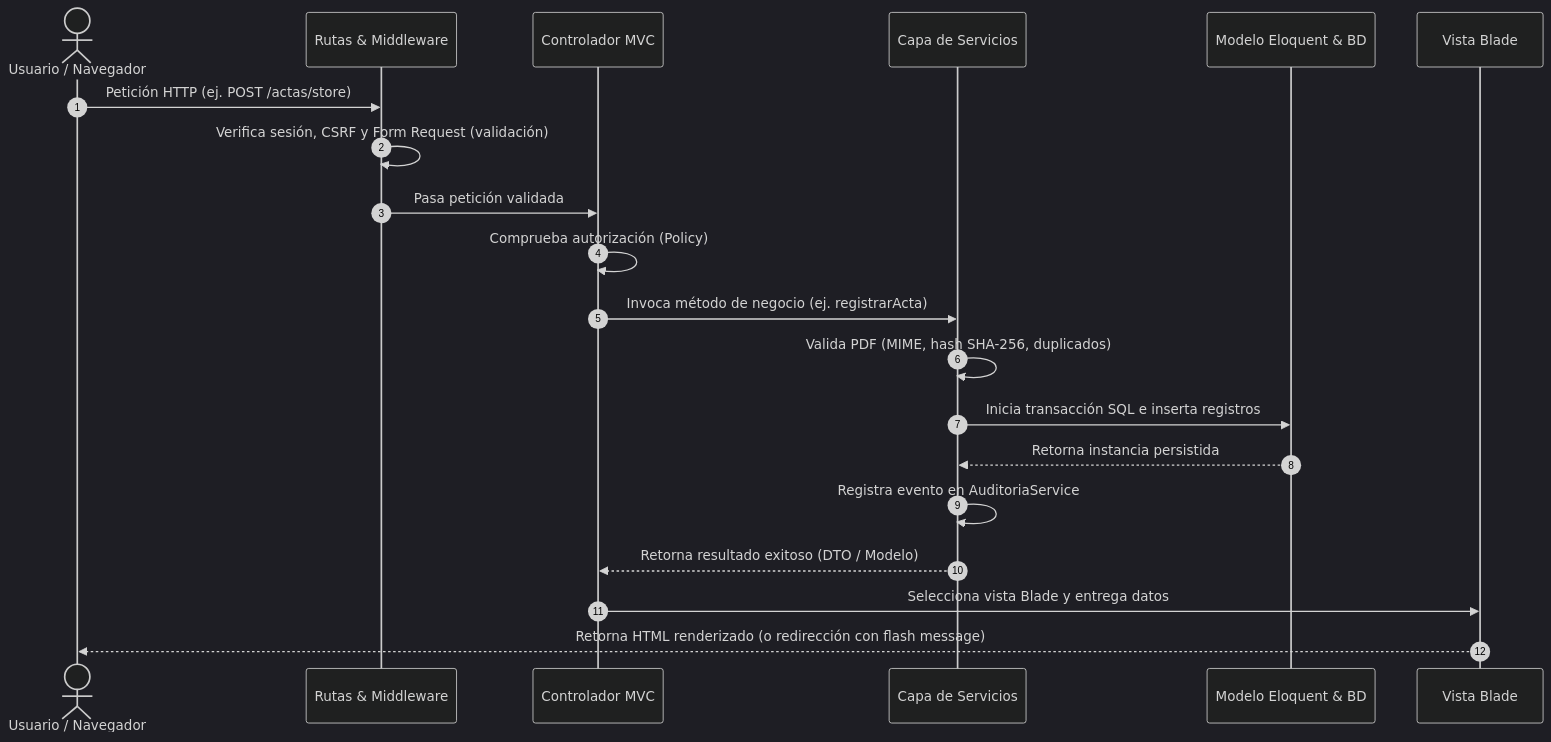
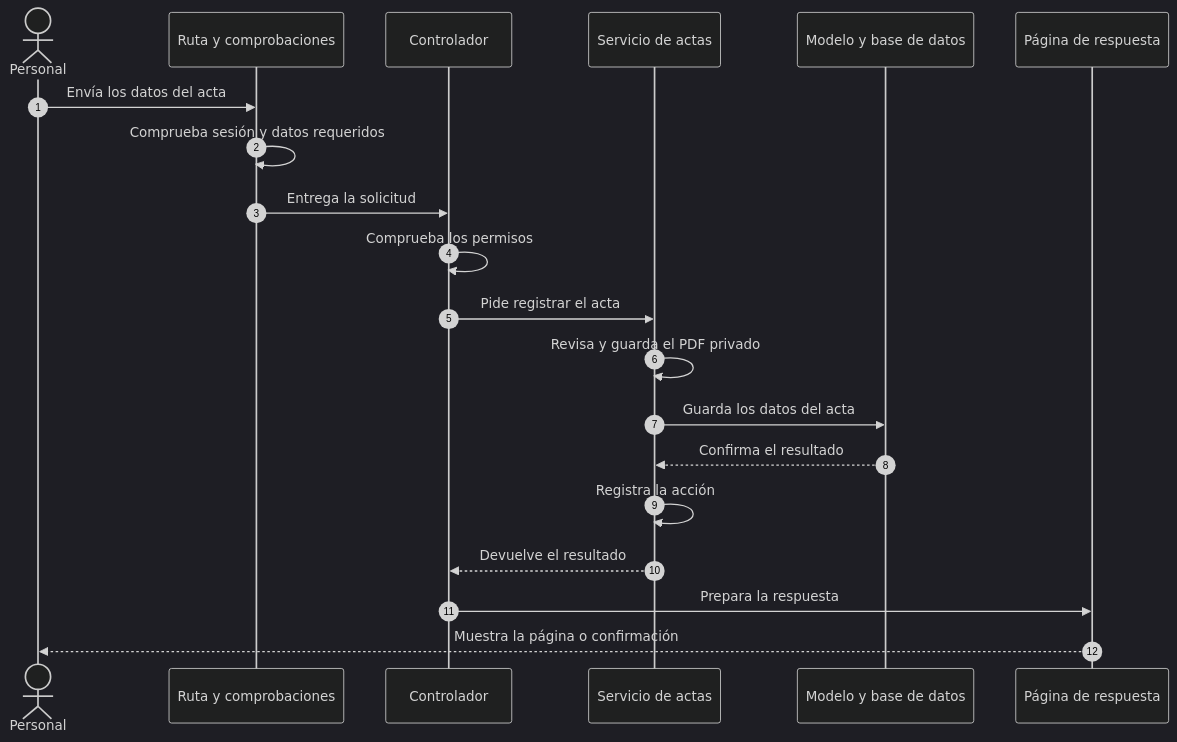
The second of 2 diagrams in arquitectura/enfoque-arquitectonico.md (DeyviQC/RegistroCivil_arquiSoft_Quispe-02), drawn with Mermaid (dark theme) before and after one commit. The commit also changed other lines of this file and 18 other files, not shown here.

````diff
--- a/arquitectura/enfoque-arquitectonico.md
+++ b/arquitectura/enfoque-arquitectonico.md
@@ -103,23 +104,23 @@
 ```mermaid
 sequenceDiagram
     autonumber
-    actor Usuario as Usuario / Navegador
-    participant Router as Rutas & Middleware
-    participant Controller as Controlador MVC
-    participant Service as Capa de Servicios
-    participant Model as Modelo Eloquent & BD
-    participant View as Vista Blade
+    actor Usuario as Personal
+    participant Ruta as Ruta y comprobaciones
+    participant Controlador as Controlador
+    participant Servicio as Servicio de actas
+    participant Modelo as Modelo y base de datos
+    participant Vista as Página de respuesta
 
-    Usuario->>Router: Petición HTTP (ej. POST /actas/store)
-    Router->>Router: Verifica sesión, CSRF y Form Request (validación)
-    Router->>Controller: Pasa petición validada
-    Controller->>Controller: Comprueba autorización (Policy)
-    Controller->>Service: Invoca método de negocio (ej. registrarActa)
-    Service->>Service: Valida PDF (MIME, hash SHA-256, duplicados)
-    Service->>Model: Inicia transacción SQL e inserta registros
-    Model-->>Service: Retorna instancia persistida
-    Service->>Service: Registra evento en AuditoriaService
-    Service-->>Controller: Retorna resultado exitoso (DTO / Modelo)
-    Controller->>View: Selecciona vista Blade y entrega datos
-    View-->>Usuario: Retorna HTML renderizado (o redirección con flash message)
+    Usuario->>Ruta: Envía los datos del acta
+    Ruta->>Ruta: Comprueba sesión y datos requeridos
+    Ruta->>Controlador: Entrega la solicitud
+    Controlador->>Controlador: Comprueba los permisos
+    Controlador->>Servicio: Pide registrar el acta
+    Servicio->>Servicio: Revisa y guarda el PDF privado
+    Servicio->>Modelo: Guarda los datos del acta
+    Modelo-->>Servicio: Confirma el resultado
+    Servicio->>Servicio: Registra la acción
+    Servicio-->>Controlador: Devuelve el resultado
+    Controlador->>Vista: Prepara la respuesta
+    Vista-->>Usuario: Muestra la página o confirmación
 ```
````
